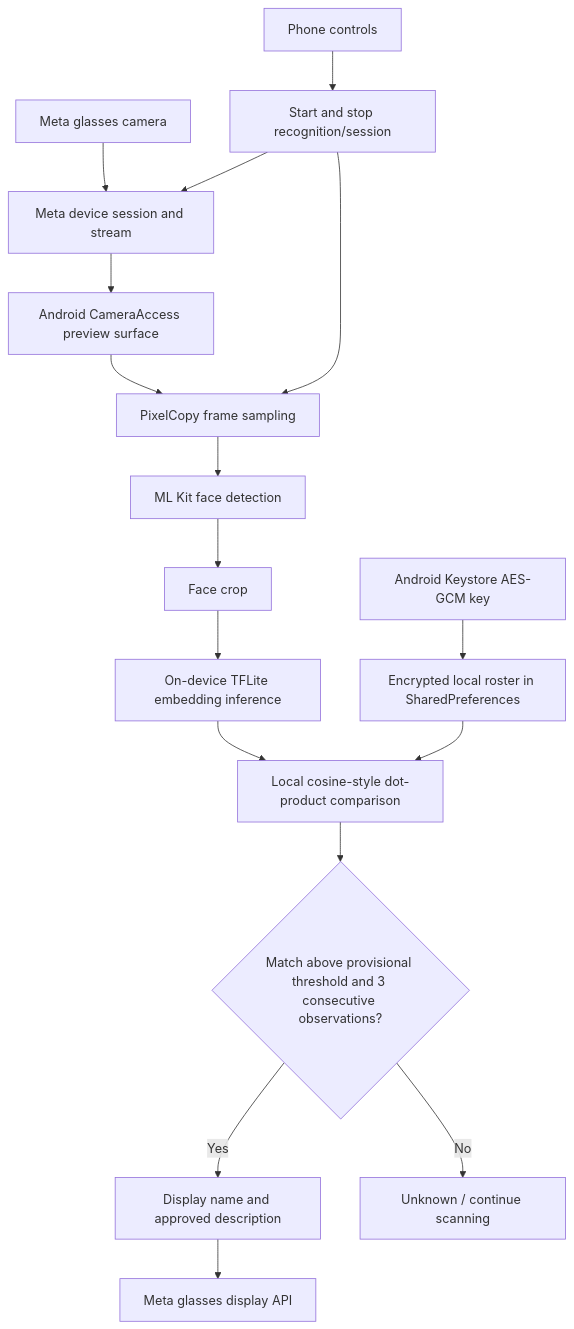
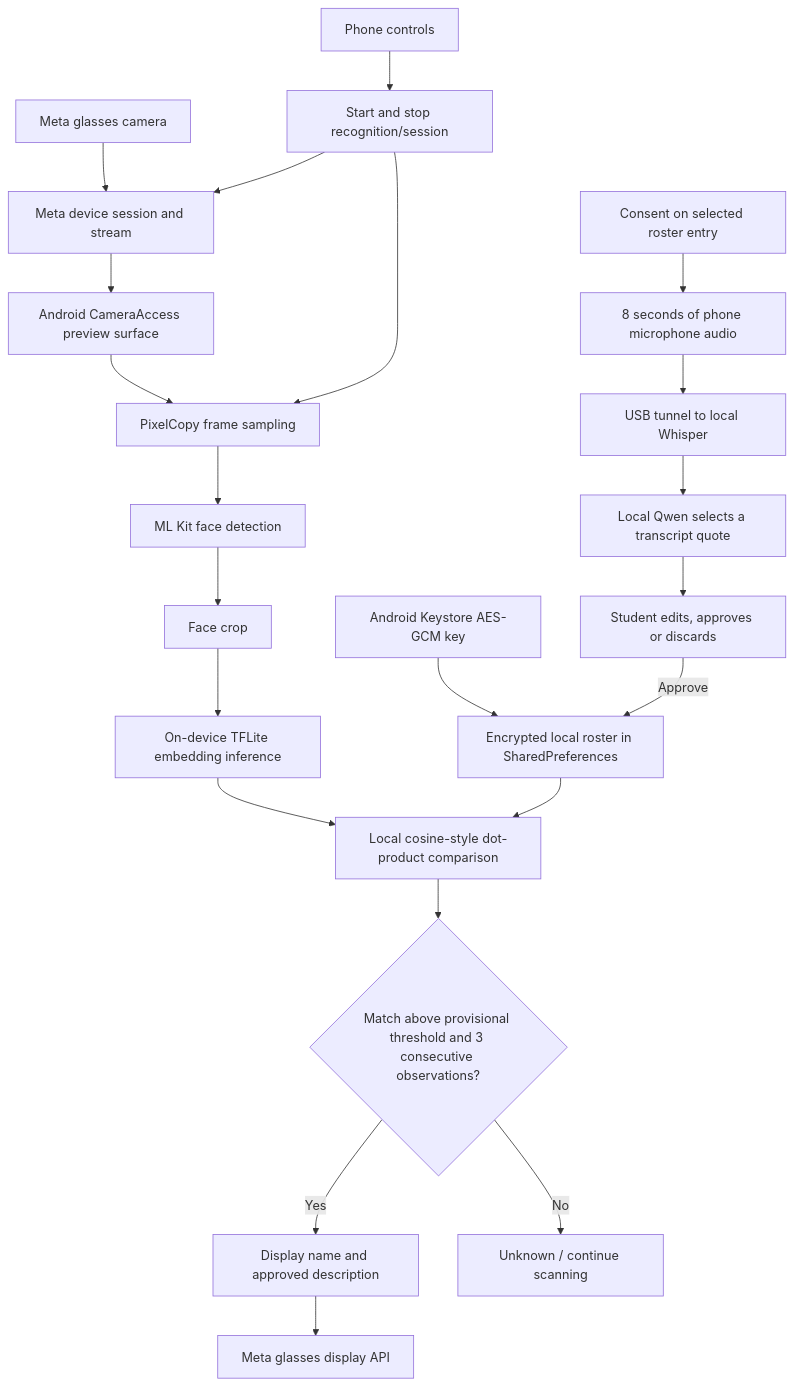
One commit to lunana-7/is492-llm-wearable-project changed the diagram in checkpoint3/docs/architecture.md. Above: the diagram before and after it, drawn with Mermaid. The commit also changed other lines of this file and 32 other files, not shown here.

Commit message:
Connect consented speech drafts to the Android roster and verify the CP3 review flow

````diff
--- a/checkpoint3/docs/architecture.md
+++ b/checkpoint3/docs/architecture.md
@@ -22,20 +22,25 @@
 ```mermaid
 flowchart TD
     A[Meta glasses camera] --> B[Meta device session and stream]
     B --> C[Android CameraAccess preview surface]
     C --> D[PixelCopy frame sampling]
     D --> E[ML Kit face detection]
     E --> F[Face crop]
     F --> G[On-device TFLite embedding inference]
     G --> H[Local cosine-style dot-product comparison]
     R[Encrypted local roster in SharedPreferences] --> H
     K[Android Keystore AES-GCM key] --> R
     I{Match above provisional threshold and 3 consecutive observations?}
     H --> I
     I -->|Yes| J[Display name and approved description]
     J --> L[Meta glasses display API]
     I -->|No| M[Unknown / continue scanning]
     P[Phone controls] --> Q[Start and stop recognition/session]
     Q --> B
     Q --> D
+    S[Consent on selected roster entry] --> T[8 seconds of phone microphone audio]
+    T --> U[USB tunnel to local Whisper]
+    U --> V[Local Qwen selects a transcript quote]
+    V --> W[Student edits, approves or discards]
+    W -->|Approve| R
 ```
````
